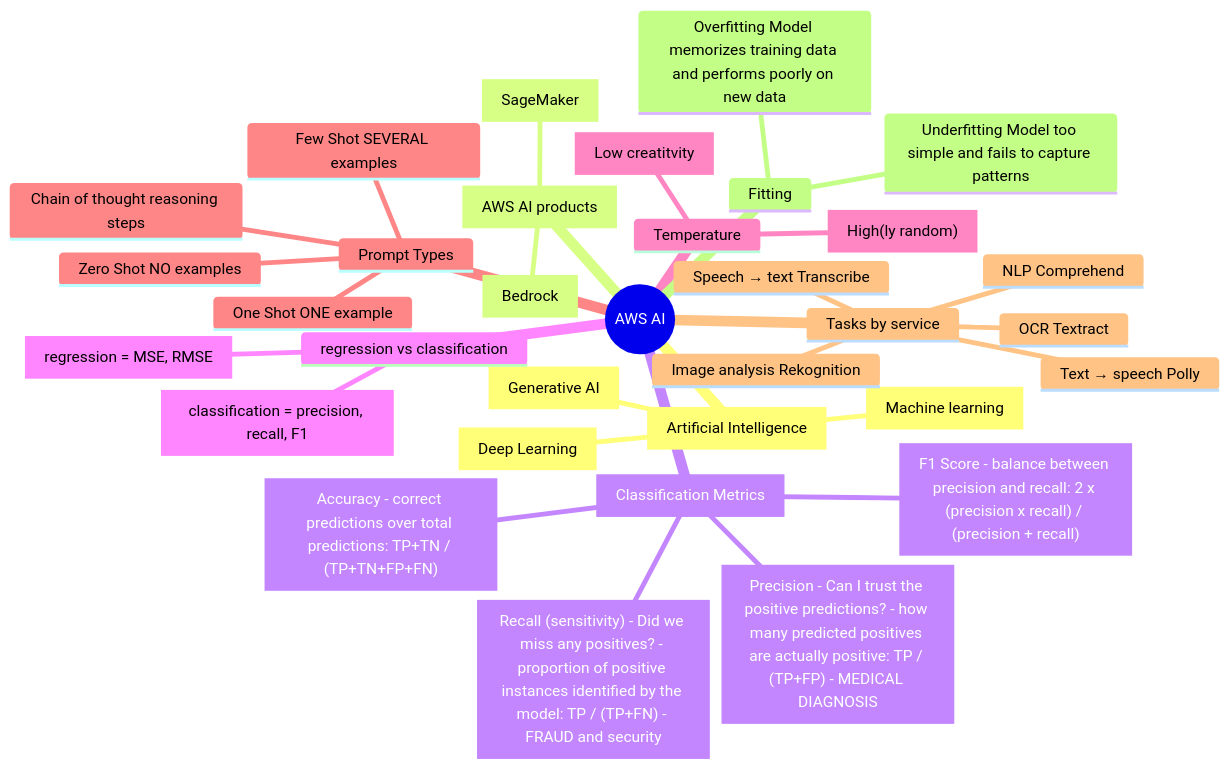
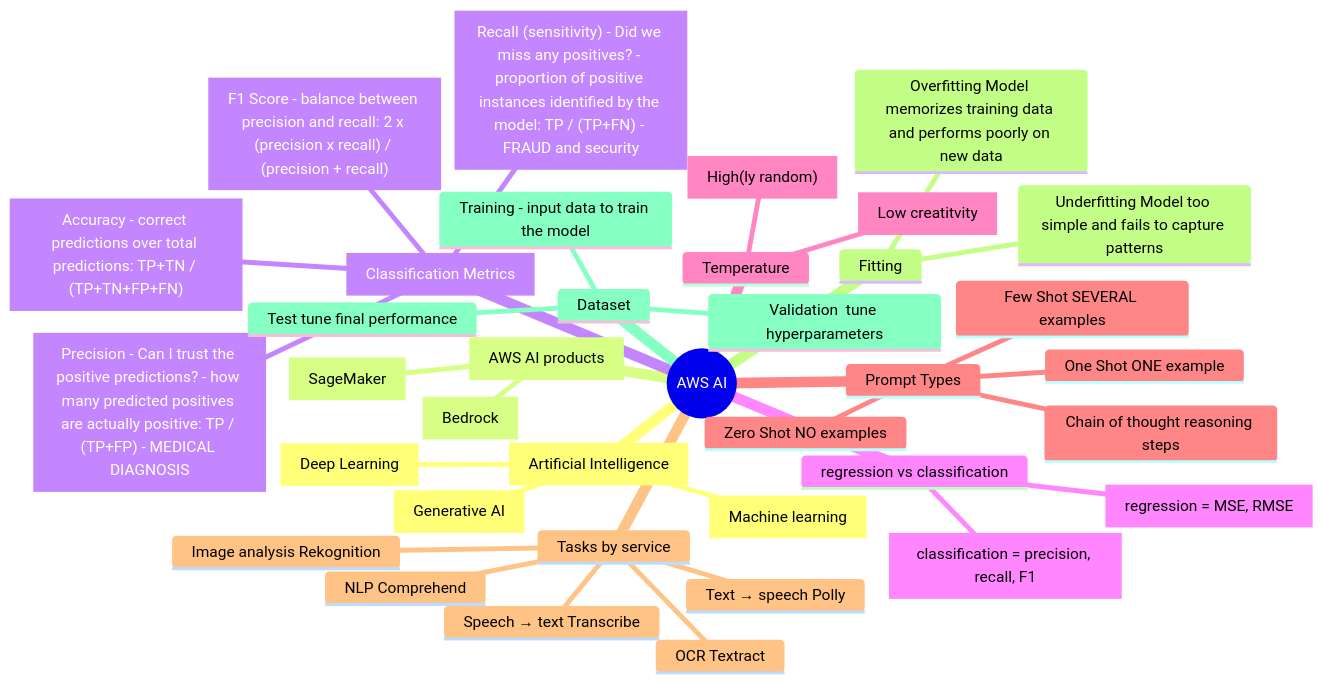
One commit to gitstua/Mindmaps changed the diagram in aws-ai.md. Above: the diagram before and after it, drawn with Mermaid.

````diff
--- a/aws-ai.md
+++ b/aws-ai.md
@@ -5,39 +5,43 @@
 ```mermaid
 mindmap
   root(("AWS AI"))
     ai["Artificial Intelligence"]
       ml["Machine learning"]
       dl["Deep Learning"]
       genai["Generative AI"]
     products["AWS AI products"]
       bedrock["Bedrock"]
       sagemaker["SageMaker"]
     metrics["Classification Metrics"]
       accuracy["Accuracy - correct predictions over total predictions: TP+TN / (TP+TN+FP+FN)"]
       precision["Precision - Can I trust the positive predictions? - how many predicted positives are actually positive: TP / (TP+FP) - MEDICAL DIAGNOSIS"]
-      recall["Recall (sensitivity) - Did we miss any positives? - proportion of positive instances identified by the model: TP / (TP+FN) - FRAUD and security"]
+      Recall["Recall (sensitivity) - Did we miss any positives? - proportion of positive instances identified by the model: TP / (TP+FN) - FRAUD and security"]
       f1["F1 Score - balance between precision and recall: 2 x (precision x recall) / (precision + recall)"]
     regression vs classification
       regression["regression = MSE, RMSE"]
       classification["classification = precision, recall, F1"]
     Temperature
       high["High(ly random)"]
       low[Low creatitvity]
     Prompt Types
       Zero Shot NO examples
       One Shot ONE example
       Few Shot SEVERAL examples
       Chain of thought reasoning steps
     Tasks by service
       OCR Textract
       Image analysis Rekognition
       NLP Comprehend
       Speech → text Transcribe
       Text → speech Polly
     Fitting
       Overfitting Model memorizes training data and performs poorly on new data
       Underfitting Model too simple and fails to capture patterns
+    Dataset
+      Training - input data to train the model
+      Validation  tune hyperparameters
+      Test tune final performance
 
 
 
 ```
````
